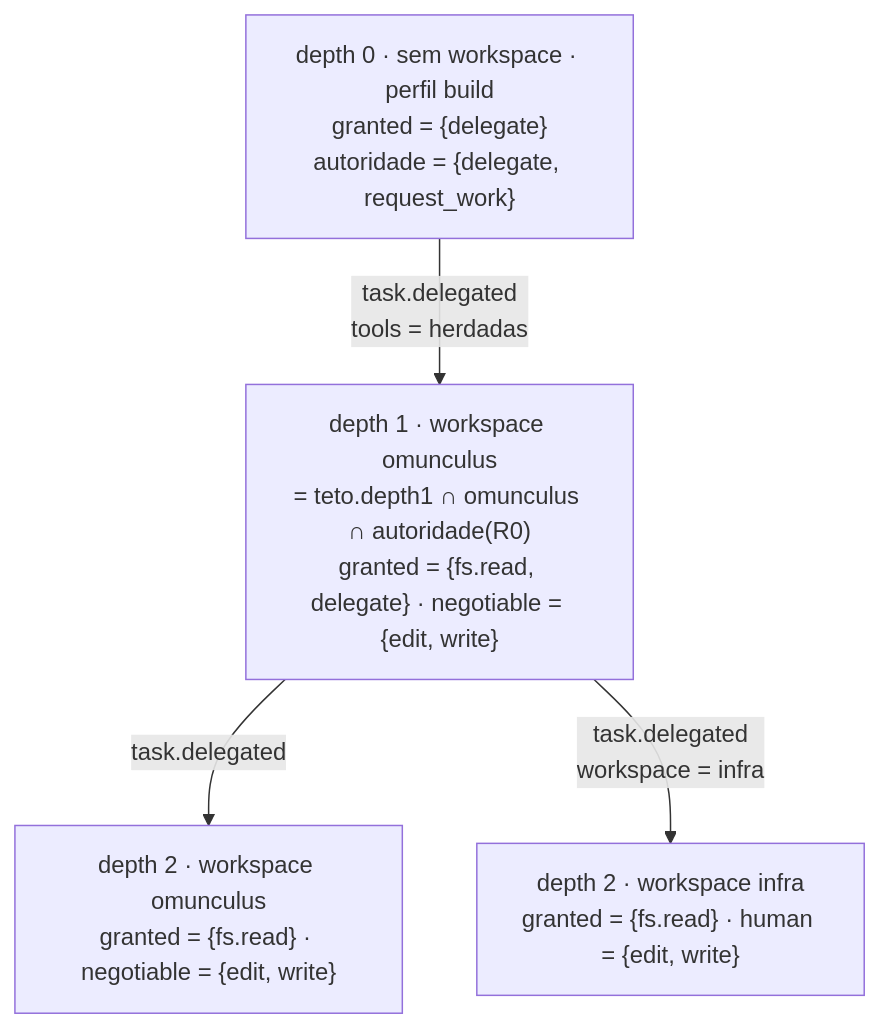
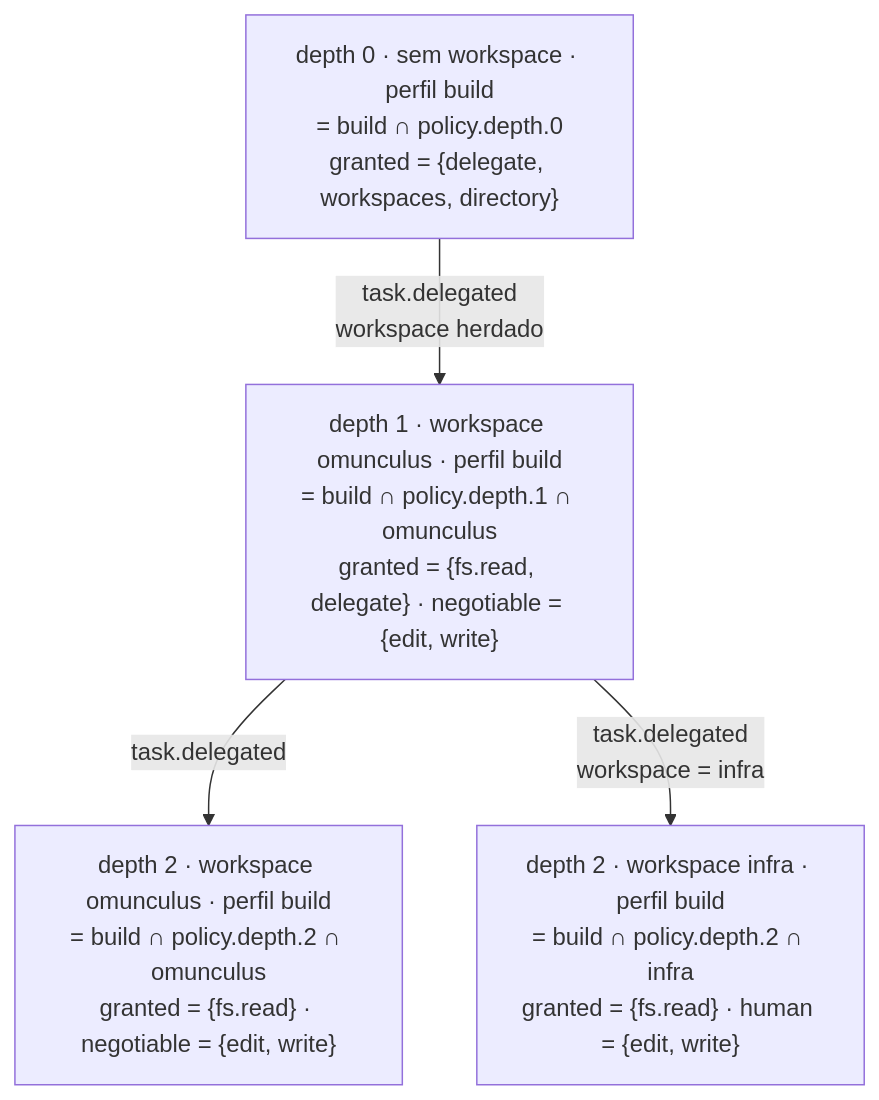
Before and after one commit to This-Is-NPC/omunculus: the fourth of 5 diagrams in docs/to-be/tool-policy.md, drawn with Mermaid. The commit also changed other lines of this file and 2 other files, not shown here.

First line of the commit message:
docs(to-be): child tools come from the table, not the parent

````diff
--- a/docs/to-be/tool-policy.md
+++ b/docs/to-be/tool-policy.md
@@ -316,10 +326,10 @@
 ```mermaid
 graph TD
-    R0["depth 0 · sem workspace · perfil build<br/>granted = {delegate}<br/>autoridade = {delegate, request_work}"]
-    R1["depth 1 · workspace omunculus<br/>= teto.depth1 ∩ omunculus ∩ autoridade(R0)<br/>granted = {fs.read, delegate} · negotiable = {edit, write}"]
-    R2a["depth 2 · workspace omunculus<br/>granted = {fs.read} · negotiable = {edit, write}"]
-    R2b["depth 2 · workspace infra<br/>granted = {fs.read} · human = {edit, write}"]
-    R0 -->|task.delegated<br/>tools = herdadas| R1
+    R0["depth 0 · sem workspace · perfil build<br/>= build ∩ policy.depth.0<br/>granted = {delegate, workspaces, directory}"]
+    R1["depth 1 · workspace omunculus · perfil build<br/>= build ∩ policy.depth.1 ∩ omunculus<br/>granted = {fs.read, delegate} · negotiable = {edit, write}"]
+    R2a["depth 2 · workspace omunculus · perfil build<br/>= build ∩ policy.depth.2 ∩ omunculus<br/>granted = {fs.read} · negotiable = {edit, write}"]
+    R2b["depth 2 · workspace infra · perfil build<br/>= build ∩ policy.depth.2 ∩ infra<br/>granted = {fs.read} · human = {edit, write}"]
+    R0 -->|task.delegated<br/>workspace herdado| R1
     R1 -->|task.delegated| R2a
     R1 -->|task.delegated<br/>workspace = infra| R2b
 ```
````
